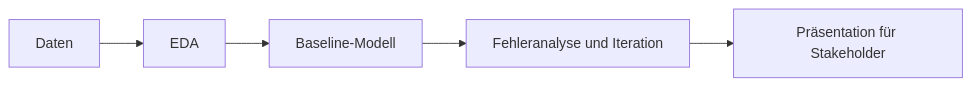
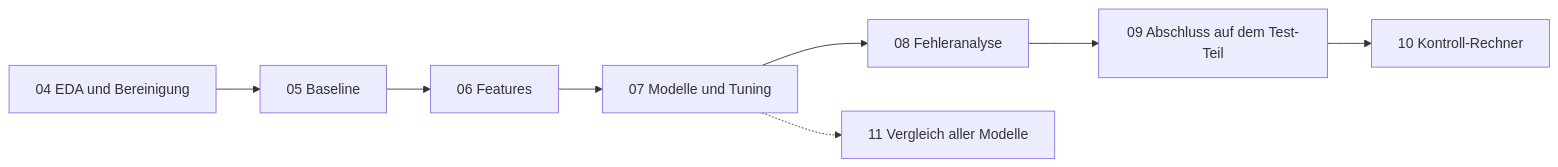
The diagram in README.md (tkruse90/ds-ml-fraud-detection), drawn with Mermaid before and after one commit. The commit also changed other lines of this file, not shown here.

````diff
--- a/README.md
+++ b/README.md
@@ -20,7 +26,10 @@
 ```mermaid
 flowchart LR
-    A[Daten] --> B[EDA]
-    B --> C[Baseline-Modell]
-    C --> D[Fehleranalyse und Iteration]
-    D --> E[Präsentation für Stakeholder]
+    A[04 EDA und Bereinigung] --> B[05 Baseline]
+    B --> C[06 Features]
+    C --> D[07 Modelle und Tuning]
+    D --> E[08 Fehleranalyse]
+    E --> F[09 Abschluss auf dem Test-Teil]
+    F --> G[10 Kontroll-Rechner]
+    D -.-> H[11 Vergleich aller Modelle]
 ```
````
